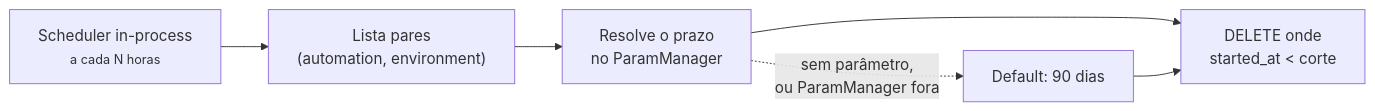
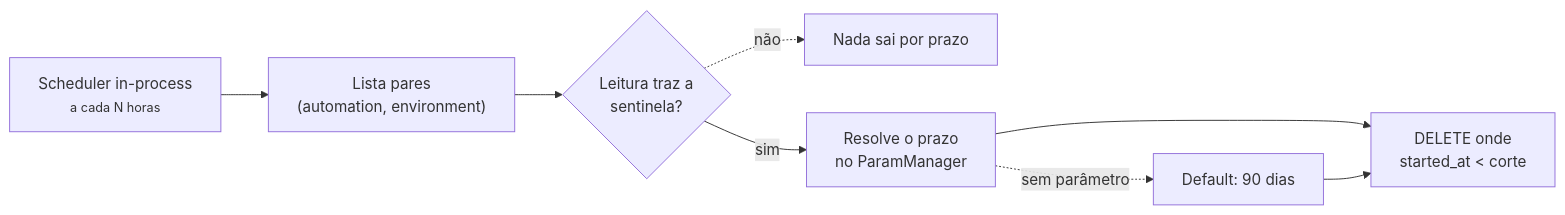
The fifth of 6 diagrams in docs/arquitetura.md (MatheusLPolidoro/docs-casehub), drawn with Mermaid before and after one commit. The commit also changed other lines of this file and 19 other files, not shown here.

````diff
--- a/docs/arquitetura.md
+++ b/docs/arquitetura.md
@@ -110,8 +110,10 @@
 ```mermaid
 flowchart LR
     T["Scheduler in-process<br/><small>a cada N horas</small>"] --> L["Lista pares<br/>(automation, environment)"]
-    L --> R["Resolve o prazo<br/>no ParamManager"]
+    L --> C{"Leitura traz a<br/>sentinela?"}
+    C -.->|"não"| N["Nada sai por prazo"]
+    C -->|sim| R["Resolve o prazo<br/>no ParamManager"]
     R --> D["DELETE onde<br/>started_at < corte"]
-    R -.->|"sem parâmetro,<br/>ou ParamManager fora"| DF["Default: 90 dias"]
+    R -.->|"sem parâmetro"| DF["Default: 90 dias"]
     DF --> D
 ```
````
